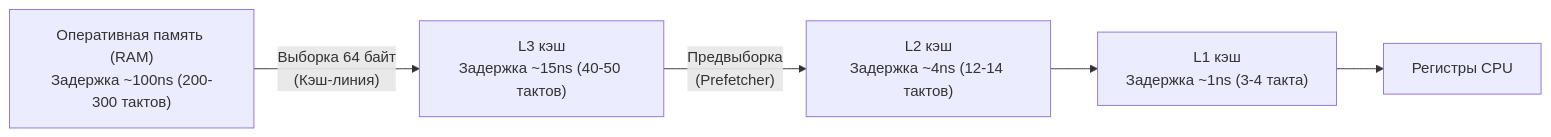
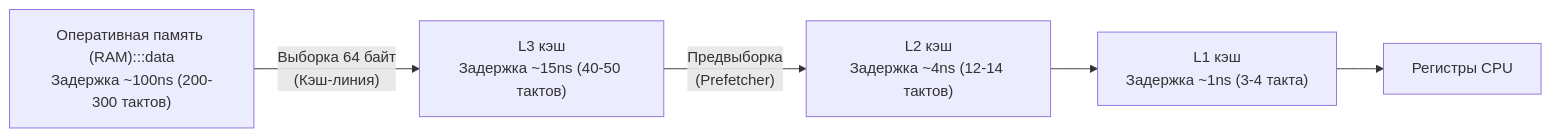
Before and after one commit to UnrealTemplier/go-textbook: the first of 4 diagrams in sources/20. Алгоритмы и структуры данных (DSA) на Go/02. Базовые структуры данных/1. Массивы и динамические массивы.md, drawn with Mermaid. The commit also changed other lines of this file and 1666 other files, not shown here.

First line of the commit message:
feat(mermaid): add semantic color classDef to 1369 colorless flowchart/graph diagrams

````diff
--- a/sources/20. Алгоритмы и структуры данных (DSA) на Go/02. Базовые структуры данных/1. Массивы и динамические массивы.md
+++ b/sources/20. Алгоритмы и структуры данных (DSA) на Go/02. Базовые структуры данных/1. Массивы и динамические массивы.md
@@ -15,7 +15,17 @@
 ```mermaid
 flowchart LR
-    RAM["Оперативная память (RAM)<br/>Задержка ~100ns (200-300 тактов)"] -->|"Выборка 64 байт<br/>(Кэш-линия)"| L3["L3 кэш<br/>Задержка ~15ns (40-50 тактов)"]
+    classDef process  fill:#1e293b,stroke:#38bdf8,stroke-width:1px,color:#f8fafc
+    classDef success  fill:#064e3b,stroke:#34d399,stroke-width:1px,color:#f8fafc
+    classDef error    fill:#7f1d1d,stroke:#f87171,stroke-width:1px,color:#f8fafc
+    classDef warning  fill:#78350f,stroke:#fbbf24,stroke-width:1px,color:#f8fafc
+    classDef entry    fill:#1e3a5f,stroke:#38bdf8,stroke-width:2px,color:#f8fafc
+    classDef aux      fill:#334155,stroke:#64748b,stroke-width:1px,color:#f8fafc
+    classDef system   fill:#312e81,stroke:#a78bfa,stroke-width:1px,color:#f8fafc
+    classDef data     fill:#132d29,stroke:#2dd4bf,stroke-width:1px,color:#f8fafc
+    classDef network  fill:#881337,stroke:#fb7185,stroke-width:1px,color:#f8fafc
+    classDef accent   fill:#1e1b4b,stroke:#818cf8,stroke-width:1px,color:#f8fafc
+    RAM["Оперативная память (RAM):::data<br/>Задержка ~100ns (200-300 тактов)"] -->|"Выборка 64 байт<br/>(Кэш-линия)"| L3["L3 кэш<br/>Задержка ~15ns (40-50 тактов)"]
     L3 -->|"Предвыборка<br/>(Prefetcher)"| L2["L2 кэш<br/>Задержка ~4ns (12-14 тактов)"]
     L2 --> L1["L1 кэш<br/>Задержка ~1ns (3-4 такта)"]
     L1 --> CPU["Регистры CPU"]
 ```
````
